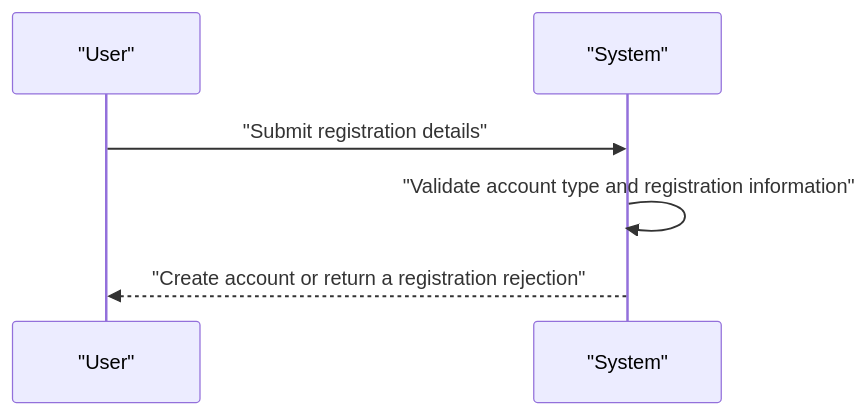
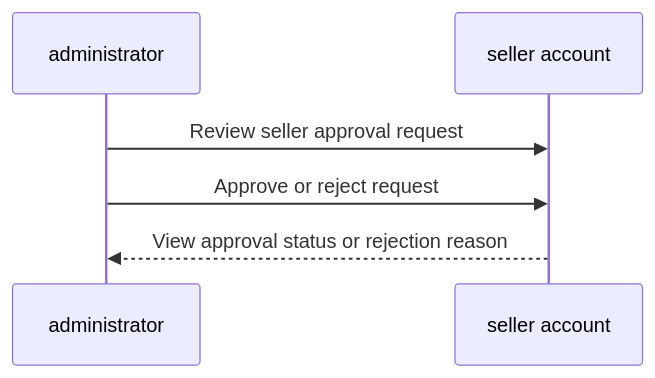
The fifth of 17 diagrams in openai/gpt-5.4-mini/shopping/docs/analysis/01-actors-and-auth.md (wrtnlabs/autobe-examples), drawn with Mermaid before and after one commit. The commit also changed other lines of this file and 9017 other files, not shown here.

````diff
--- a/openai/gpt-5.4-mini/shopping/docs/analysis/01-actors-and-auth.md
+++ b/openai/gpt-5.4-mini/shopping/docs/analysis/01-actors-and-auth.md
@@ -133,8 +154,8 @@
 ```mermaid
 sequenceDiagram
-    participant U as "User"
-    participant S as "System"
-    U->>S: "Submit registration details"
-    S->>S: "Validate account type and registration information"
-    S-->>U: "Create account or return a registration rejection"
+    participant A as administrator
+    participant S as seller account
+    A->>S: Review seller approval request
+    A->>S: Approve or reject request
+    S-->>A: View approval status or rejection reason
 ```
````
